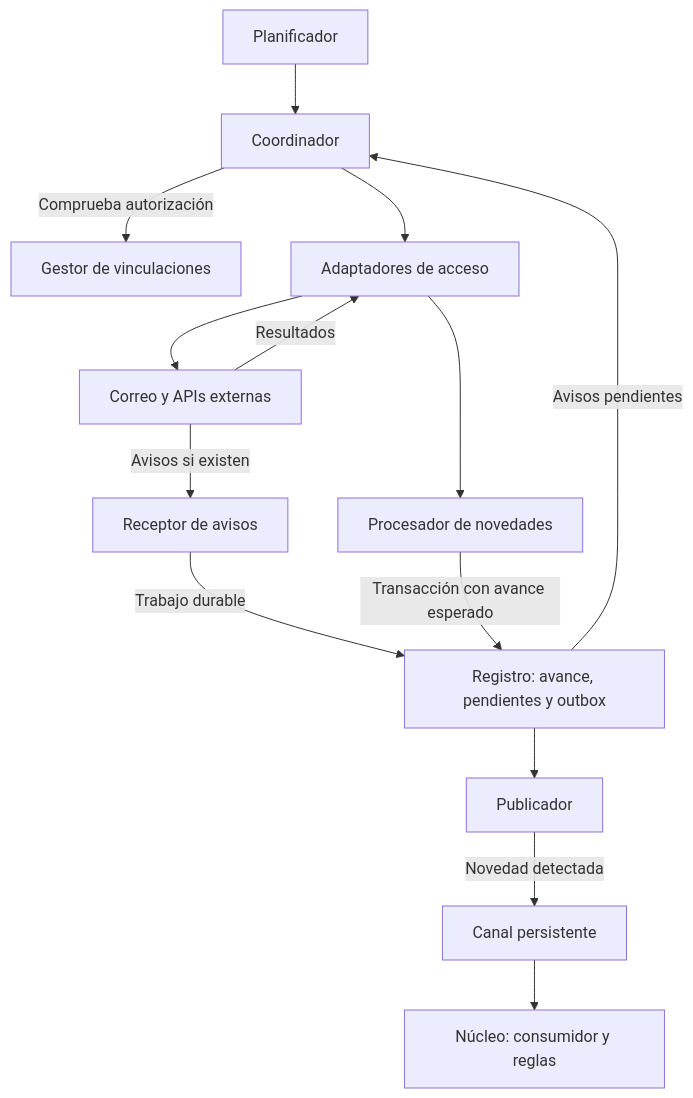
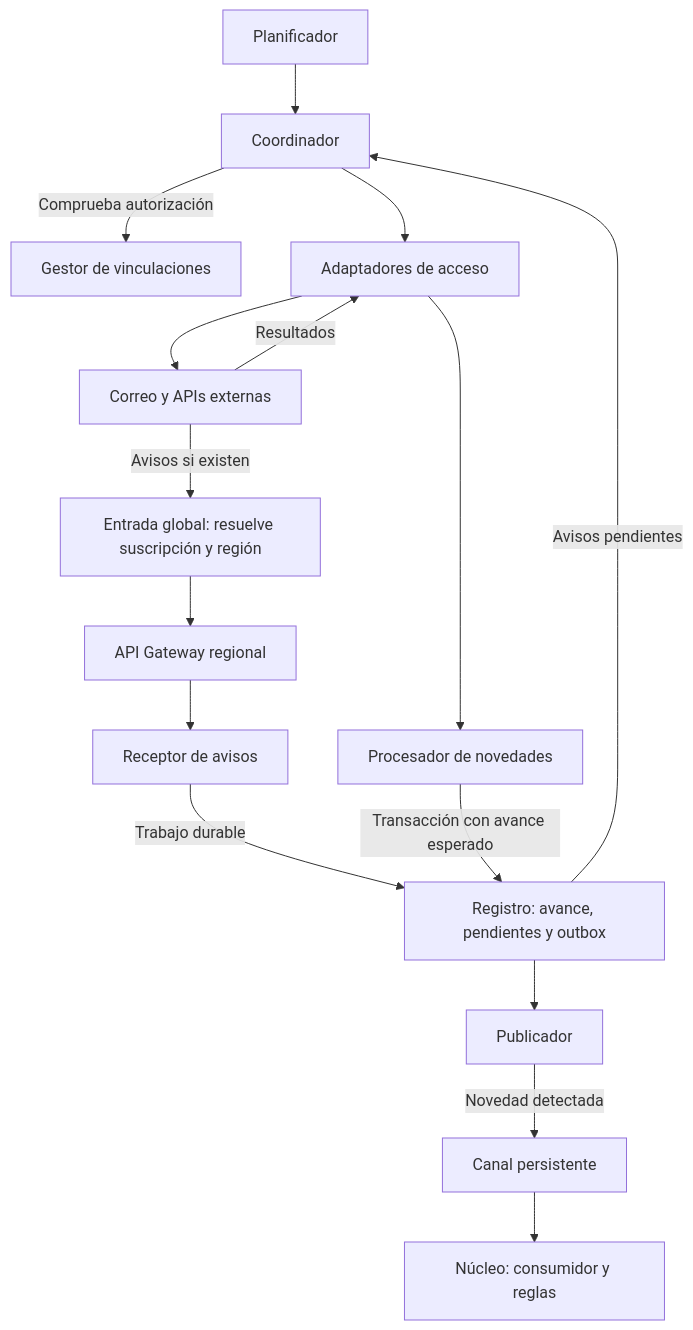
One commit to TadeoBrun1/TPE_software changed the diagram in trotamundos/docs/02-views/ingestion-view.md. Above: the diagram before and after it, drawn with Mermaid. The commit also changed other lines of this file and 22 other files, not shown here.

````diff
--- a/trotamundos/docs/02-views/ingestion-view.md
+++ b/trotamundos/docs/02-views/ingestion-view.md
@@ -7,16 +7,18 @@
 ```mermaid
 flowchart TB
     P["Planificador"] --> C["Coordinador"]
     C -->|"Comprueba autorización"| G["Gestor de vinculaciones"]
     C --> A["Adaptadores de acceso"]
     A --> E["Correo y APIs externas"]
     E -->|"Resultados"| A
     A --> T["Procesador de novedades"]
-    E -->|"Avisos si existen"| H["Receptor de avisos"]
+    E -->|"Avisos si existen"| EG["Entrada global: resuelve suscripción y región"]
+    EG --> GW["API Gateway regional"]
+    GW --> H["Receptor de avisos"]
     H -->|"Trabajo durable"| R["Registro: avance, pendientes y outbox"]
     R -->|"Avisos pendientes"| C
     T -->|"Transacción con avance esperado"| R
     R --> U["Publicador"]
     U -->|"Novedad detectada"| Q["Canal persistente"]
     Q --> N["Núcleo: consumidor y reglas"]
 ```
````
